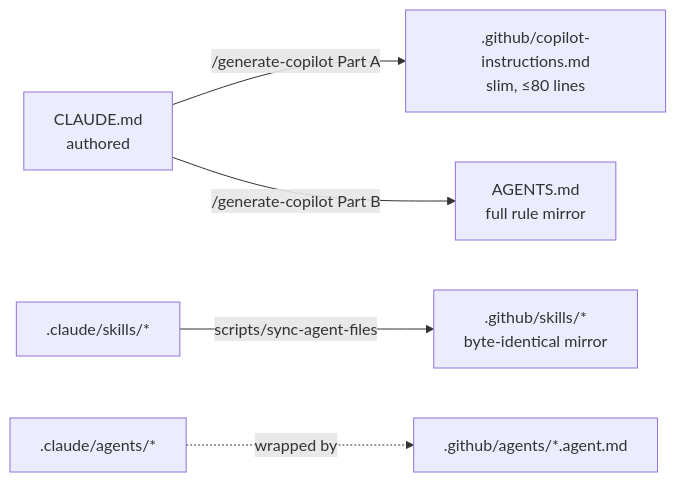
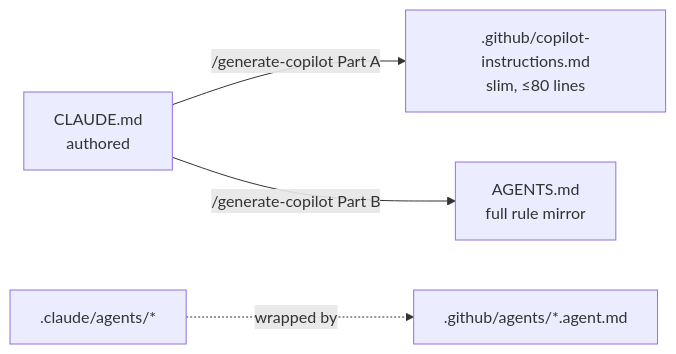
Before and after one commit to andreoucostas/ai-tech-lead: the second of 3 diagrams in dist/dotnet/docs/ARCHITECTURE.md, drawn with Mermaid. The commit also changed other lines of this file and 214 other files, not shown here.

````diff
--- a/dist/dotnet/docs/ARCHITECTURE.md
+++ b/dist/dotnet/docs/ARCHITECTURE.md
@@ -51,7 +51,6 @@
 ```mermaid
 flowchart LR
     CLAUDE[CLAUDE.md\nauthored] -->|/generate-copilot Part A| COP[.github/copilot-instructions.md\nslim, ≤80 lines]
     CLAUDE -->|/generate-copilot Part B| AGENTS[AGENTS.md\nfull rule mirror]
-    SK[.claude/skills/*] -->|scripts/sync-agent-files| GSK[.github/skills/*\nbyte-identical mirror]
     AGD[.claude/agents/*] -.wrapped by.-> GAG[.github/agents/*.agent.md]
 ```
````
